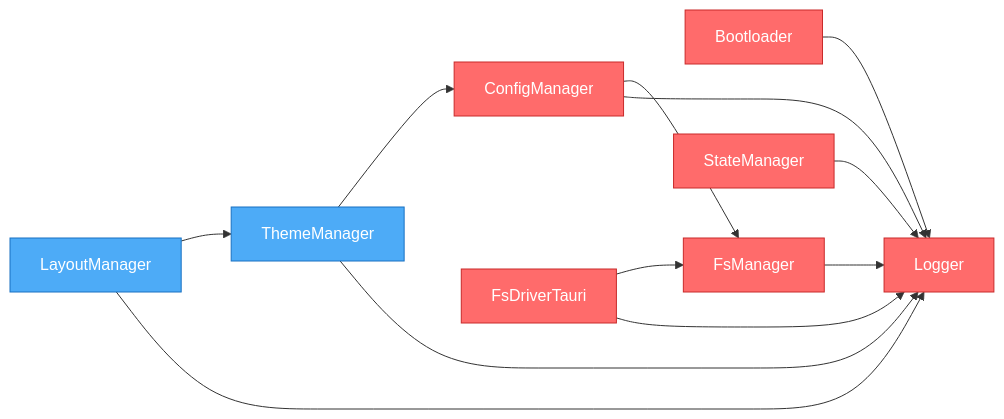
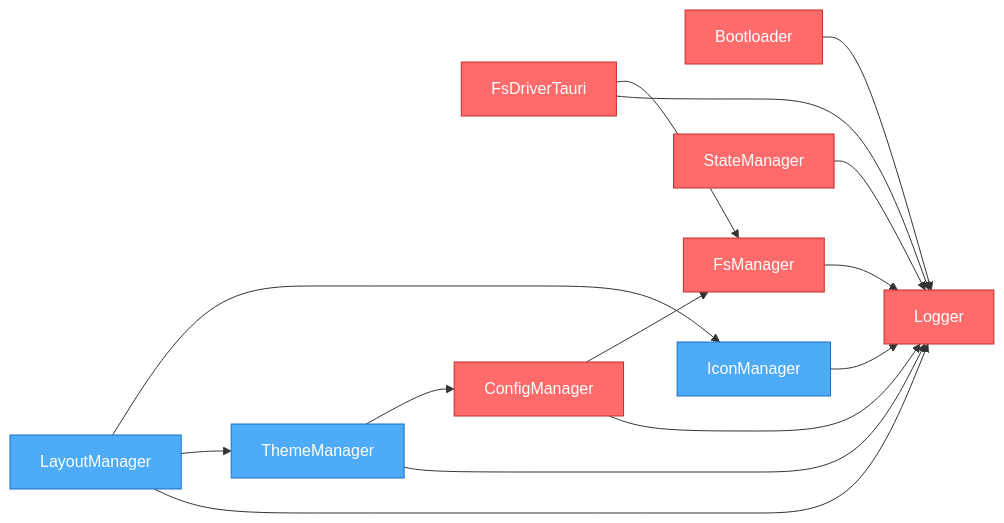
The diagram in artifacts/graph.mmd (khton-tech/notehub.md), drawn with Mermaid before and after one commit. The commit also changed 30 other files, not shown here.

Commit message:
feat: Introduce new UI plugins for icon and layout management with supporting documentation.

```diff
--- a/artifacts/graph.mmd
+++ b/artifacts/graph.mmd
@@ -1,27 +1,30 @@
 flowchart LR
     nh_system_bootloader["Bootloader"]
+    nh_system_fs-driver-tauri["FsDriverTauri"]
     nh_system_config-manager["ConfigManager"]
-    nh_system_fs-driver-tauri["FsDriverTauri"]
+    nh_system_fs-manager["FsManager"]
     nh_system_logger["Logger"]
-    nh_system_fs-manager["FsManager"]
     nh_system_state-manager["StateManager"]
+    nh_ui_icon-manager["IconManager"]
     nh_ui_layout-manager["LayoutManager"]
     nh_ui_theme-manager["ThemeManager"]
     nh_system_bootloader --> nh_system_logger
+    nh_system_fs-driver-tauri --> nh_system_logger
+    nh_system_fs-driver-tauri --> nh_system_fs-manager
     nh_system_config-manager --> nh_system_logger
     nh_system_config-manager --> nh_system_fs-manager
-    nh_system_fs-driver-tauri --> nh_system_logger
-    nh_system_fs-driver-tauri --> nh_system_fs-manager
     nh_system_fs-manager --> nh_system_logger
     nh_system_state-manager --> nh_system_logger
+    nh_ui_icon-manager --> nh_system_logger
     nh_ui_layout-manager --> nh_system_logger
     nh_ui_layout-manager --> nh_ui_theme-manager
+    nh_ui_layout-manager --> nh_ui_icon-manager
     nh_ui_theme-manager --> nh_system_logger
     nh_ui_theme-manager --> nh_system_config-manager
 
     %% Styles
     classDef system fill:#ff6b6b,stroke:#c92a2a,color:#fff
     classDef ui fill:#4dabf7,stroke:#1971c2,color:#fff
     classDef feature fill:#51cf66,stroke:#2f9e44,color:#fff
-    class nh_system_bootloader,nh_system_config-manager,nh_system_fs-driver-tauri,nh_system_logger,nh_system_fs-manager,nh_system_state-manager system
-    class nh_ui_layout-manager,nh_ui_theme-manager ui
+    class nh_system_bootloader,nh_system_fs-driver-tauri,nh_system_config-manager,nh_system_fs-manager,nh_system_logger,nh_system_state-manager system
+    class nh_ui_icon-manager,nh_ui_layout-manager,nh_ui_theme-manager ui
```
